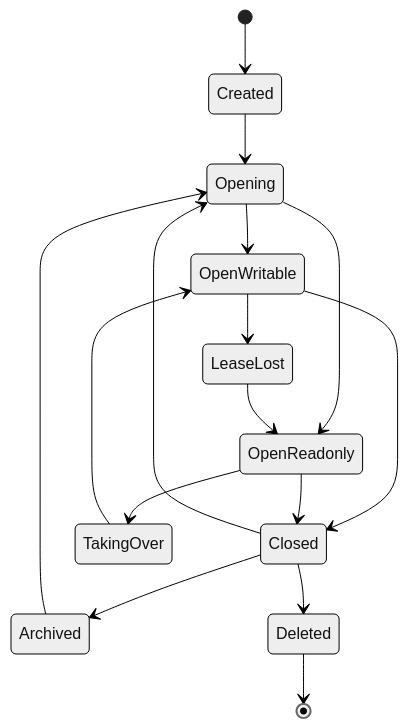
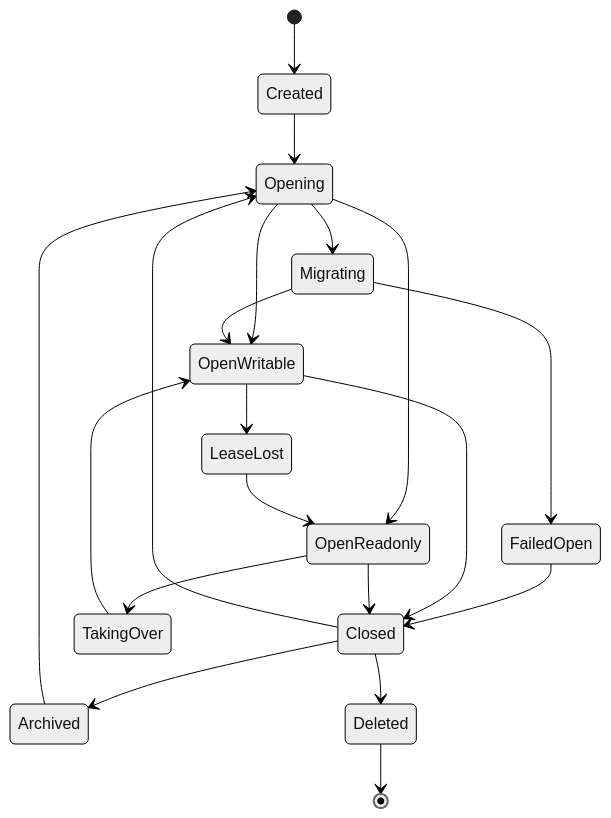
The diagram in spec/platform/R01-project-lifecycle.md (jinhuang712/open-novel), drawn with Mermaid (neutral theme) before and after one commit. The commit also changed other lines of this file and 50 other files, not shown here.

Commit message:
docs(todo): close architecture audit batches

````diff
--- a/spec/platform/R01-project-lifecycle.md
+++ b/spec/platform/R01-project-lifecycle.md
@@ -7,18 +7,22 @@
 ```mermaid
 stateDiagram-v2
   [*] --> Created
   Created --> Opening
   Opening --> OpenWritable
   Opening --> OpenReadonly
+  Opening --> Migrating
+  Migrating --> OpenWritable
+  Migrating --> FailedOpen
+  FailedOpen --> Closed
   OpenWritable --> Closed
   OpenReadonly --> Closed
   OpenReadonly --> TakingOver
   TakingOver --> OpenWritable
   OpenWritable --> LeaseLost
   LeaseLost --> OpenReadonly
   Closed --> Opening
   Closed --> Archived
   Archived --> Opening
   Closed --> Deleted
   Deleted --> [*]
 ```
````
